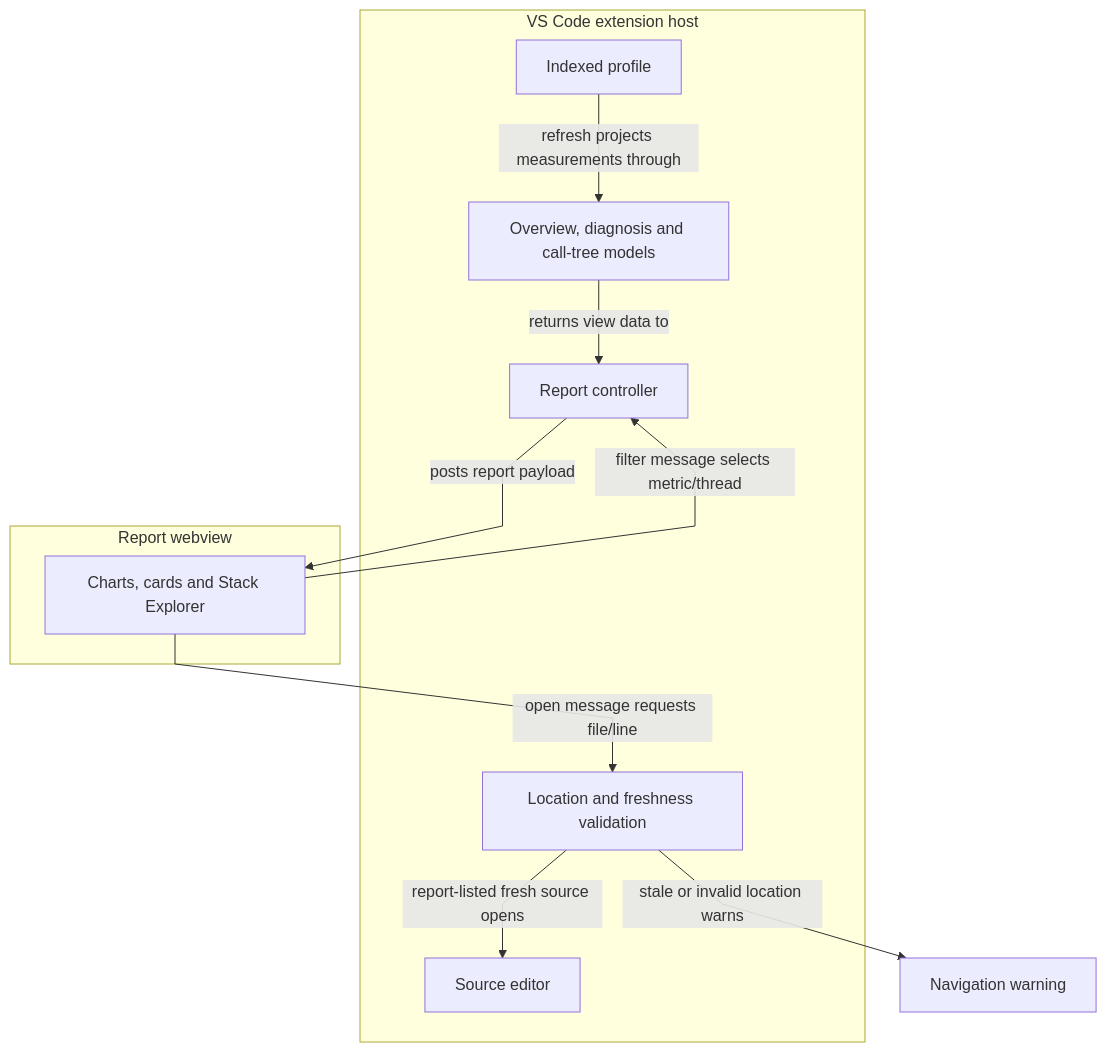
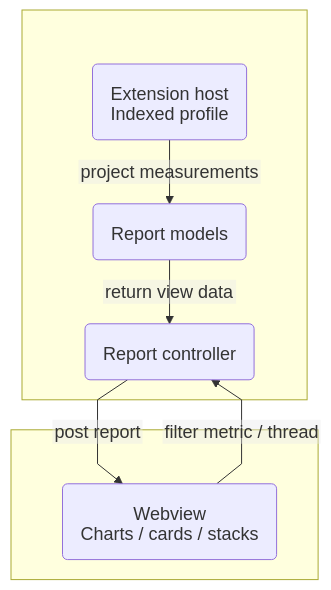
Before and after one commit to AashishTangnami/python-memory-guardian: diagram 12 of 23 in docs/feature-map.md, drawn with Mermaid. The commit also changed other lines of this file, not shown here.

Commit message:
updated mermaid diagram for better readibility.

````diff
--- a/docs/feature-map.md
+++ b/docs/feature-map.md
@@ -293,21 +329,16 @@
 ```mermaid
-%%{init: {"fontFamily":"Inter, ui-sans-serif, system-ui, sans-serif","flowchart":{"curve":"linear","nodeSpacing":50,"rankSpacing":60},"layout":"dagre"}}%%
+%%{init: {"fontFamily":"Arial, sans-serif","themeVariables":{"fontSize":"18px","fontFamily":"Arial, sans-serif"},"flowchart":{"curve":"linear","nodeSpacing":32,"rankSpacing":40,"diagramPadding":8,"padding":18,"subGraphTitleMargin":{"top":10,"bottom":24},"htmlLabels":false},"layout":"dagre","htmlLabels":false,"themeCSS":".node rect, .cluster rect { rx: 10px; ry: 10px; } .label, .nodeLabel, .edgeLabel, .cluster-label { letter-spacing: normal; word-spacing: normal; } .edgeLabel rect { stroke: currentColor !important; stroke-width: 1px !important; stroke-dasharray: none; opacity: 1 !important; fill-opacity: 1; rx: 4px; ry: 4px; }"}}%%
 flowchart TD
-    subgraph EXT["VS Code extension host"]
-      Profile["Indexed profile"]
-      Models["Overview, diagnosis and call-tree models"]
-      Bridge["Report controller"]
-      Check["Location and freshness validation"]
-      Source["Source editor"]
+subgraph EXT[" "]
+      Profile("Extension host<br/>Indexed profile")
+      Models("Report models")
+      Bridge("Report controller")
     end
-    subgraph WEB["Report webview"]
-      Panel["Charts, cards and Stack Explorer"]
+    subgraph WEB[" "]
+      Panel("Webview<br/>Charts / cards / stacks")
     end
-    Profile -->|refresh projects measurements through| Models
-    Models -->|returns view data to| Bridge
-    Bridge -->|posts report payload| Panel
-    Panel -->|filter message selects metric/thread| Bridge
-    Panel -->|open message requests file/line| Check
-    Check -->|report-listed fresh source opens| Source
-    Check -->|stale or invalid location warns| Warning["Navigation warning"]
+    Profile -->|project measurements| Models
+    Models -->|return view data| Bridge
+    Bridge -->|post report| Panel
+    Panel -->|filter metric / thread| Bridge
 ```
````
